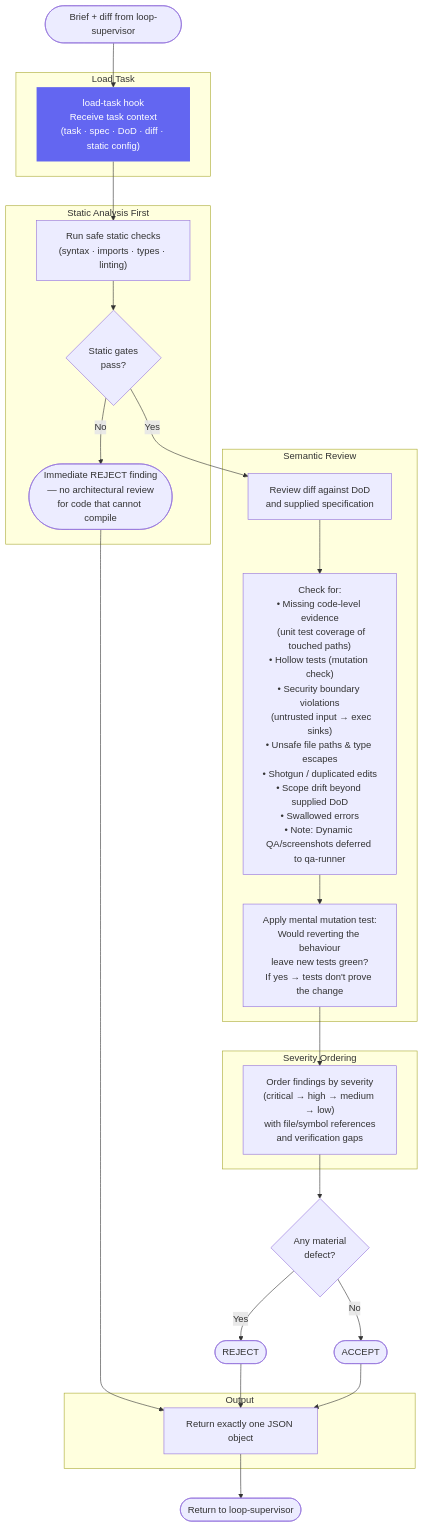
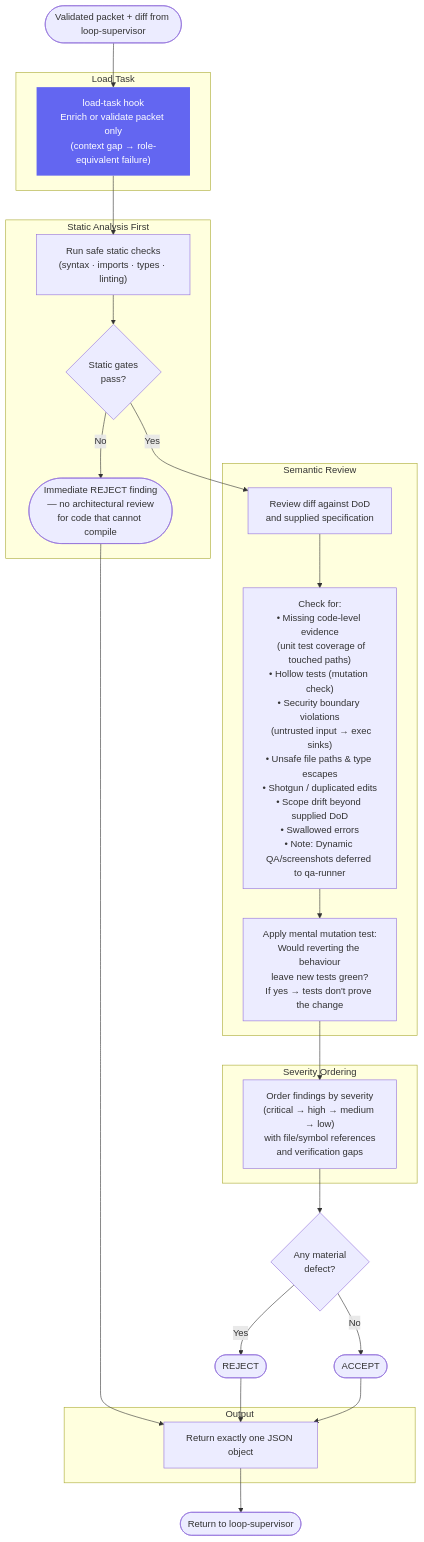
One commit to ericmaster/agent-fabric changed the diagram in docs/architecture/code-reviewer.md. Above: the diagram before and after it, drawn with Mermaid. The commit also changed other lines of this file and 22 other files, not shown here.

First line of the commit message:
feat(agents): enforce fail-closed fresh-context Delegation Packet contract

````diff
--- a/docs/architecture/code-reviewer.md
+++ b/docs/architecture/code-reviewer.md
@@ -10,50 +12,50 @@
 ```mermaid
 flowchart TD
-    START([Brief + diff from loop-supervisor]) --> LT
+    START([Validated packet + diff from loop-supervisor]) --> LT
 
     subgraph "Load Task"
-        LT["load-task hook\nReceive task context\n(task · spec · DoD · diff · static config)"]
+        LT["load-task hook\nEnrich or validate packet only\n(context gap → role-equivalent failure)"]
     end
 
     LT --> STATIC
 
     subgraph "Static Analysis First"
         STATIC["Run safe static checks\n(syntax · imports · types · linting)"]
         STATIC_FAIL{Static gates\npass?}
         REJECT_STATIC([Immediate REJECT finding\n— no architectural review\nfor code that cannot compile])
     end
 
     STATIC --> STATIC_FAIL
     STATIC_FAIL -- No --> REJECT_STATIC --> OUTPUT
     STATIC_FAIL -- Yes --> SEMANTIC
 
     subgraph "Semantic Review"
         SEMANTIC["Review diff against DoD\nand supplied specification"]
 
         CHECK_LIST["Check for:\n• Missing code-level evidence\n  (unit test coverage of touched paths)\n• Hollow tests (mutation check)\n• Security boundary violations\n  (untrusted input → exec sinks)\n• Unsafe file paths & type escapes\n• Shotgun / duplicated edits\n• Scope drift beyond supplied DoD\n• Swallowed errors\n• Note: Dynamic QA/screenshots deferred to qa-runner"]
 
         MUTATION["Apply mental mutation test:\nWould reverting the behaviour\nleave new tests green?\nIf yes → tests don't prove the change"]
     end
 
     SEMANTIC --> CHECK_LIST --> MUTATION --> SEVERITY
 
     subgraph "Severity Ordering"
         SEVERITY["Order findings by severity\n(critical → high → medium → low)\nwith file/symbol references\nand verification gaps"]
     end
 
     SEVERITY --> VERDICT{Any material\ndefect?}
 
     VERDICT -- Yes --> REJECT([REJECT])
     VERDICT -- No --> ACCEPT([ACCEPT])
 
     REJECT --> OUTPUT
     ACCEPT --> OUTPUT
 
     subgraph "Output"
         OUTPUT["Return exactly one JSON object"]
     end
 
     OUTPUT --> DONE([Return to loop-supervisor])
 
     style LT fill:#6366f1,color:#fff,stroke:none
 ```
````
